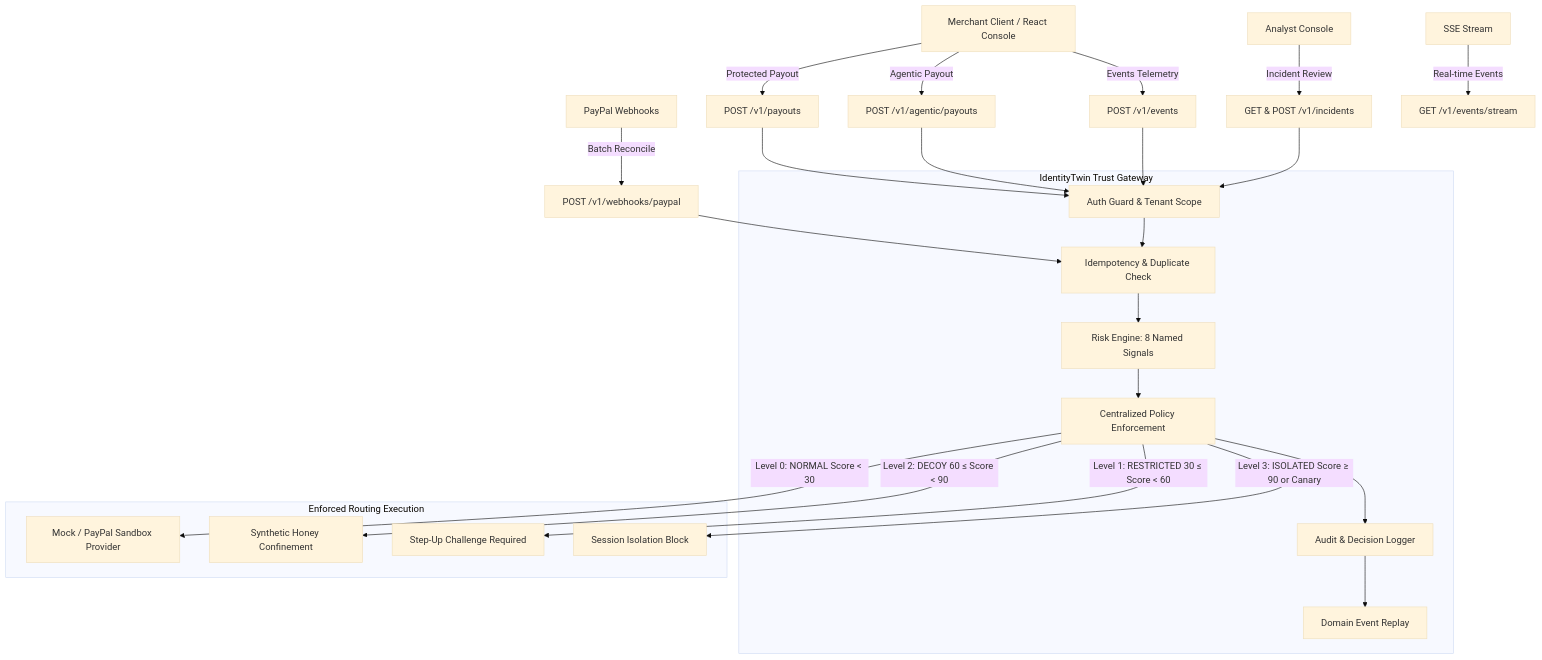
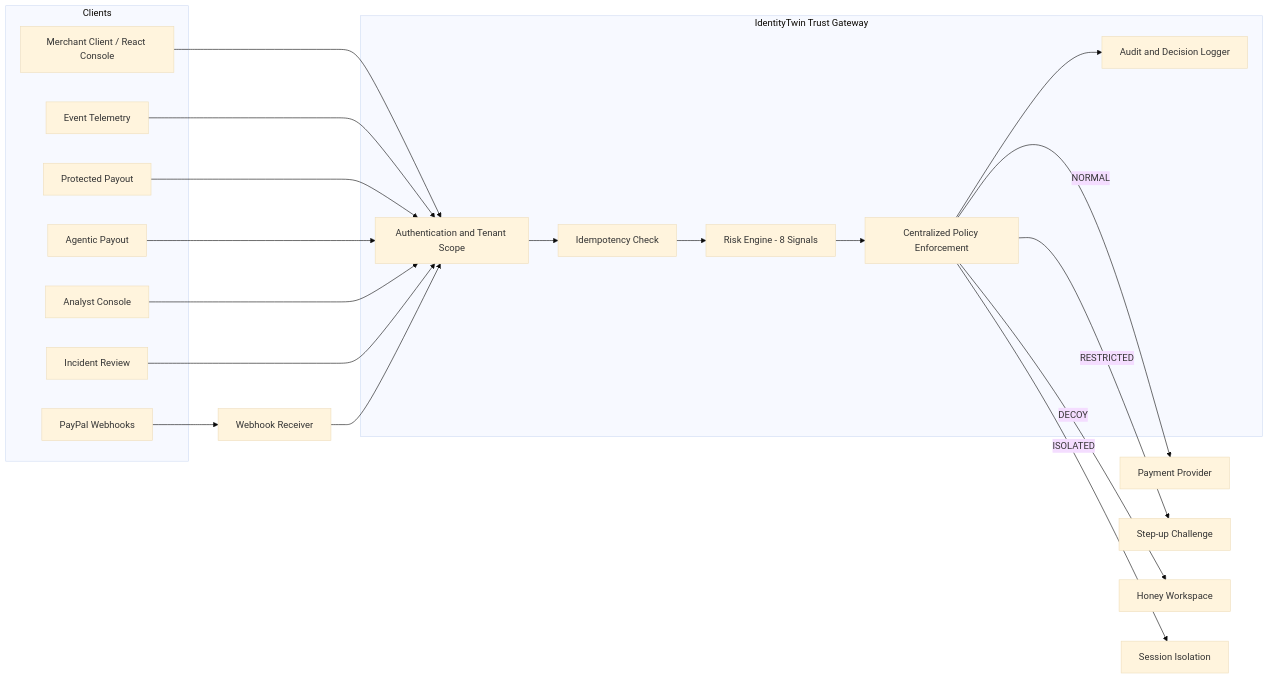
One commit to castiel0312/IdentityTwin changed the diagram in README.md. Above: the diagram before and after it, drawn with Mermaid (base theme). The commit also changed other lines of this file, not shown here.

````diff
--- a/README.md
+++ b/README.md
@@ -42,39 +42,35 @@
 ```mermaid
-graph TD
-    Client[Merchant Client / React Console] -->|Events Telemetry| E[POST /v1/events]
-    Client -->|Protected Payout| P[POST /v1/payouts]
-    Client -->|Agentic Payout| AP[POST /v1/agentic/payouts]
-    Analyst[Analyst Console] -->|Incident Review| I[GET & POST /v1/incidents]
-    PayPal[PayPal Webhooks] -->|Batch Reconcile| W[POST /v1/webhooks/paypal]
-    SSE[SSE Stream] -->|Real-time Events| ES[GET /v1/events/stream]
-
-    subgraph TrustGateway[IdentityTwin Trust Gateway]
-        Auth[Auth Guard & Tenant Scope]
-        Idem[Idempotency & Duplicate Check]
-        Risk[Risk Engine: 8 Named Signals]
-        Policy[Centralized Policy Enforcement]
-        Audit[Audit & Decision Logger]
-        Replay[Domain Event Replay]
+flowchart LR
+    subgraph Clients
+        A[Merchant Client / React Console]
+        B[Event Telemetry]
+        C[Protected Payout]
+        D[Agentic Payout]
+        E[Analyst Console]
+        F[Incident Review]
+        G[PayPal Webhooks]
     end
 
-    P --> Auth
-    AP --> Auth
-    E --> Auth
-    I --> Auth
-    W --> Idem
-
-    Auth --> Idem --> Risk --> Policy --> Audit
-    Audit --> Replay
-
-    subgraph ExecutionDestinations[Enforced Routing Execution]
-        Prov[Mock / PayPal Sandbox Provider]
-        Decoy[Synthetic Honey Confinement]
-        Rej[Step-Up Challenge Required]
-        Block[Session Isolation Block]
+    subgraph TG[IdentityTwin Trust Gateway]
+        H[Authentication and Tenant Scope]
+        I[Idempotency Check]
+        J[Risk Engine - 8 Signals]
+        K[Centralized Policy Enforcement]
+        L[Audit and Decision Logger]
+        H --> I --> J --> K --> L
     end
 
-    Policy -->|Level 0: NORMAL Score < 30| Prov
-    Policy -->|Level 1: RESTRICTED 30 ≤ Score < 60| Rej
-    Policy -->|Level 2: DECOY 60 ≤ Score < 90| Decoy
-    Policy -->|Level 3: ISOLATED Score ≥ 90 or Canary| Block
+    A --> H
+    B --> H
+    C --> H
+    D --> H
+    E --> H
+    F --> H
+    G --> M[Webhook Receiver]
+    M --> H
+
+    K -->|NORMAL| N[Payment Provider]
+    K -->|RESTRICTED| O[Step-up Challenge]
+    K -->|DECOY| P[Honey Workspace]
+    K -->|ISOLATED| Q[Session Isolation]
 ```
````
